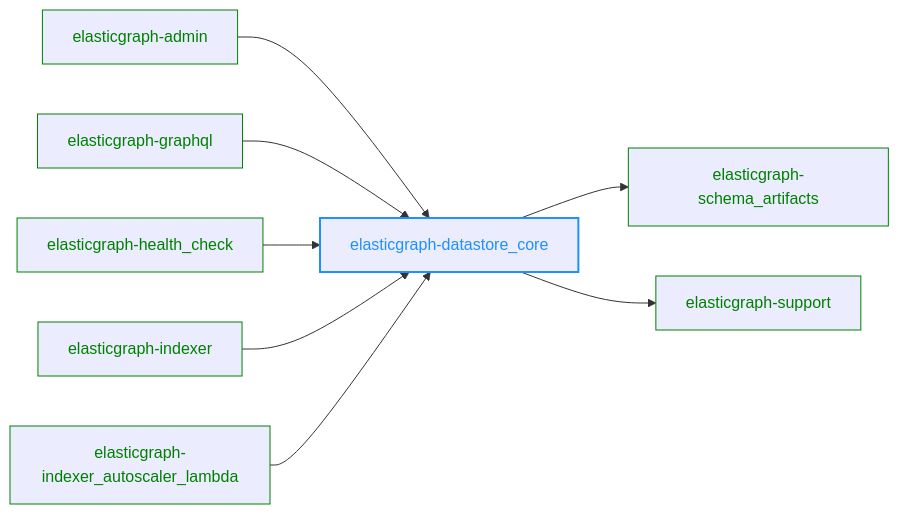
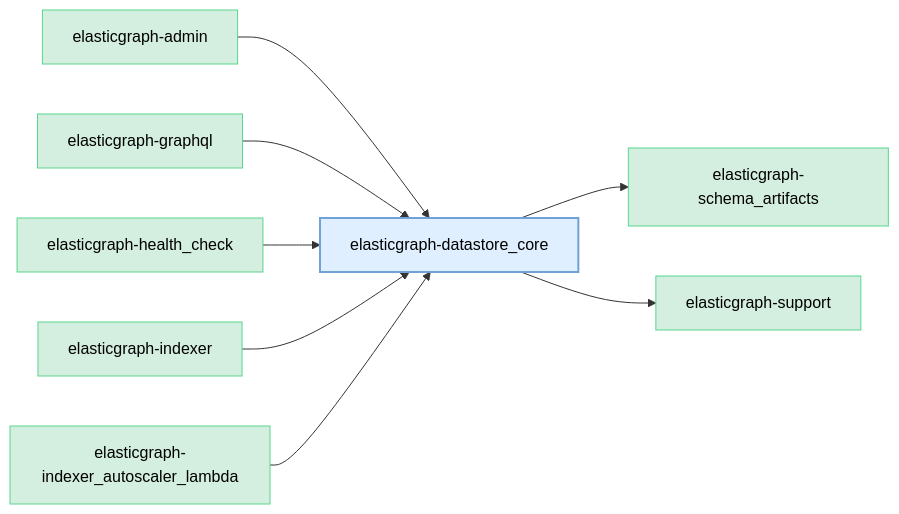
Before and after one commit to block/elasticgraph: the diagram in elasticgraph-datastore_core/README.md, drawn with Mermaid. The commit also changed 23 other files, not shown here.

````diff
--- a/elasticgraph-datastore_core/README.md
+++ b/elasticgraph-datastore_core/README.md
@@ -7,26 +7,29 @@
 ```mermaid
 graph LR;
+    classDef currentGemStyle fill:#E0EFFF,stroke:#70A1D7,color:#000,stroke-width:2px;
+    classDef internalEgGemStyle fill:#D4EFDF,stroke:#58D68D,color:#000;
+    classDef externalGemStyle fill:#FADBD8,stroke:#EC7063,color:#000;
     elasticgraph-datastore_core["elasticgraph-datastore_core"];
+    class elasticgraph-datastore_core currentGemStyle;
     elasticgraph-schema_artifacts["elasticgraph-schema_artifacts"];
     elasticgraph-datastore_core --> elasticgraph-schema_artifacts;
+    class elasticgraph-schema_artifacts internalEgGemStyle;
     elasticgraph-support["elasticgraph-support"];
     elasticgraph-datastore_core --> elasticgraph-support;
+    class elasticgraph-support internalEgGemStyle;
     elasticgraph-admin["elasticgraph-admin"];
     elasticgraph-admin --> elasticgraph-datastore_core;
+    class elasticgraph-admin internalEgGemStyle;
     elasticgraph-graphql["elasticgraph-graphql"];
     elasticgraph-graphql --> elasticgraph-datastore_core;
+    class elasticgraph-graphql internalEgGemStyle;
     elasticgraph-health_check["elasticgraph-health_check"];
     elasticgraph-health_check --> elasticgraph-datastore_core;
+    class elasticgraph-health_check internalEgGemStyle;
     elasticgraph-indexer["elasticgraph-indexer"];
     elasticgraph-indexer --> elasticgraph-datastore_core;
+    class elasticgraph-indexer internalEgGemStyle;
     elasticgraph-indexer_autoscaler_lambda["elasticgraph-indexer_autoscaler_lambda"];
     elasticgraph-indexer_autoscaler_lambda --> elasticgraph-datastore_core;
-    style elasticgraph-datastore_core color:DodgerBlue,stroke-width:2px,stroke:DodgerBlue;
-    style elasticgraph-schema_artifacts color:Green,stroke:Green;
-    style elasticgraph-support color:Green,stroke:Green;
-    style elasticgraph-admin color:Green,stroke:Green;
-    style elasticgraph-graphql color:Green,stroke:Green;
-    style elasticgraph-health_check color:Green,stroke:Green;
-    style elasticgraph-indexer color:Green,stroke:Green;
-    style elasticgraph-indexer_autoscaler_lambda color:Green,stroke:Green;
+    class elasticgraph-indexer_autoscaler_lambda internalEgGemStyle;
 ```
````
